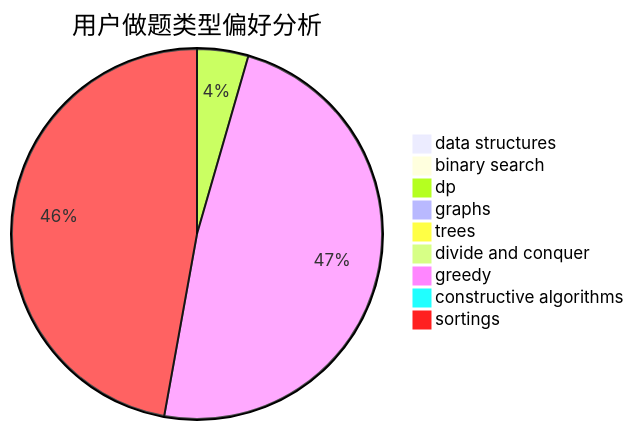
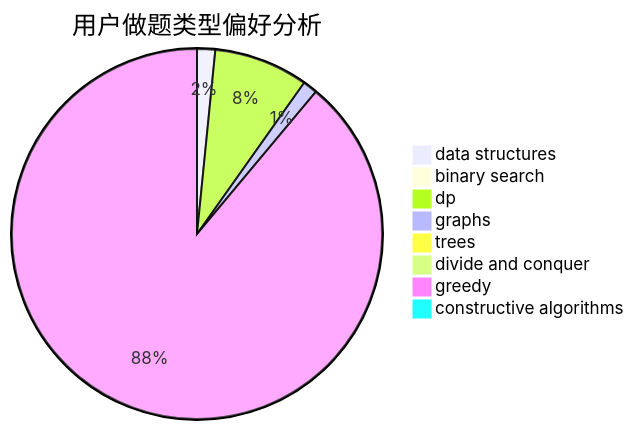
Before and after one commit to sherpahu/cfrs.github.io: the second of 3 diagrams in docs/user/u2430.md, drawn with Mermaid. The commit also changed other lines of this file and 2769 other files, not shown here.

````diff
--- a/docs/user/u2430.md
+++ b/docs/user/u2430.md
@@ -18,12 +18,11 @@
 ```mermaid
 pie title 用户做题类型偏好分析
     "data structures" :  5
     "binary search" :  0
     "dp" :  26
     "graphs" :  4
     "trees" :  0
     "divide and conquer" :  0
     "greedy" :  281
     "constructive algorithms" :  3
-    "sortings" :  274
 ```
````
